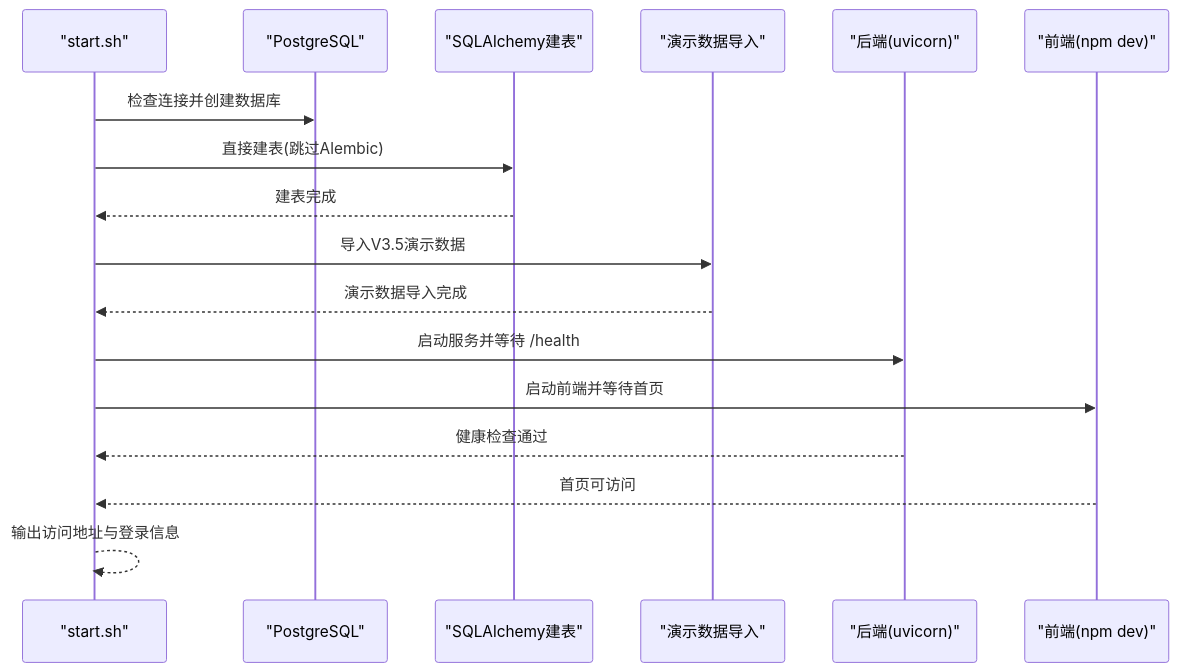
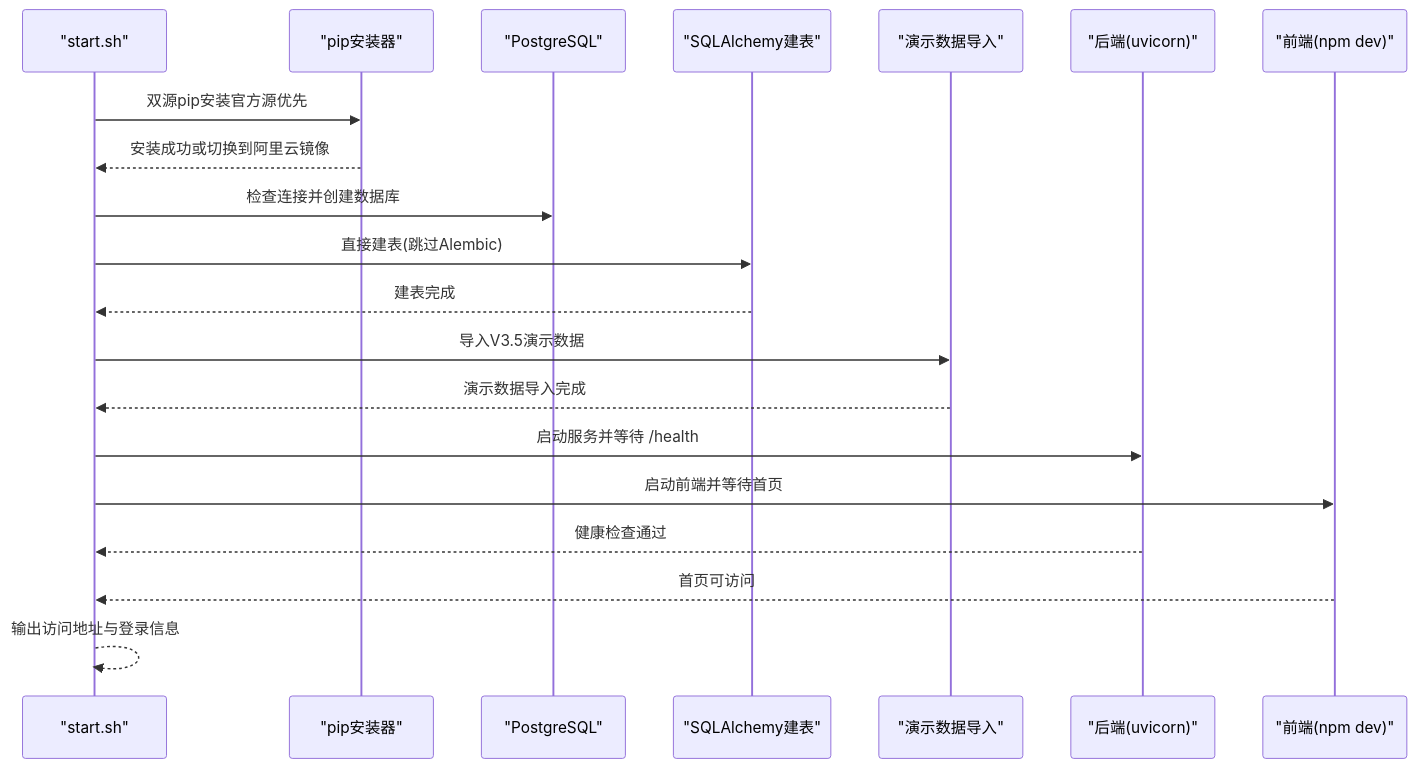
The fifth of 5 diagrams in .qoder/repowiki/zh/content/部署运维/部署运维.md (Miyuan2018/ruicheng-edu-system), drawn with Mermaid before and after one commit. The commit also changed other lines of this file and 6 other files, not shown here.

````diff
--- a/.qoder/repowiki/zh/content/部署运维/部署运维.md
+++ b/.qoder/repowiki/zh/content/部署运维/部署运维.md
@@ -226,19 +234,22 @@
 ```mermaid
 sequenceDiagram
 participant S as "start.sh"
+participant PIP as "pip安装器"
 participant PSQL as "PostgreSQL"
 participant SQL as "SQLAlchemy建表"
 participant DEMO as "演示数据导入"
 participant B as "后端(uvicorn)"
 participant F as "前端(npm dev)"
+S->>PIP : 双源pip安装官方源优先
+PIP-->>S : 安装成功或切换到阿里云镜像
 S->>PSQL : 检查连接并创建数据库
 S->>SQL : 直接建表(跳过Alembic)
 SQL-->>S : 建表完成
 S->>DEMO : 导入V3.5演示数据
 DEMO-->>S : 演示数据导入完成
 S->>B : 启动服务并等待 /health
 S->>F : 启动前端并等待首页
 B-->>S : 健康检查通过
 F-->>S : 首页可访问
 S-->>S : 输出访问地址与登录信息
 ```
````
